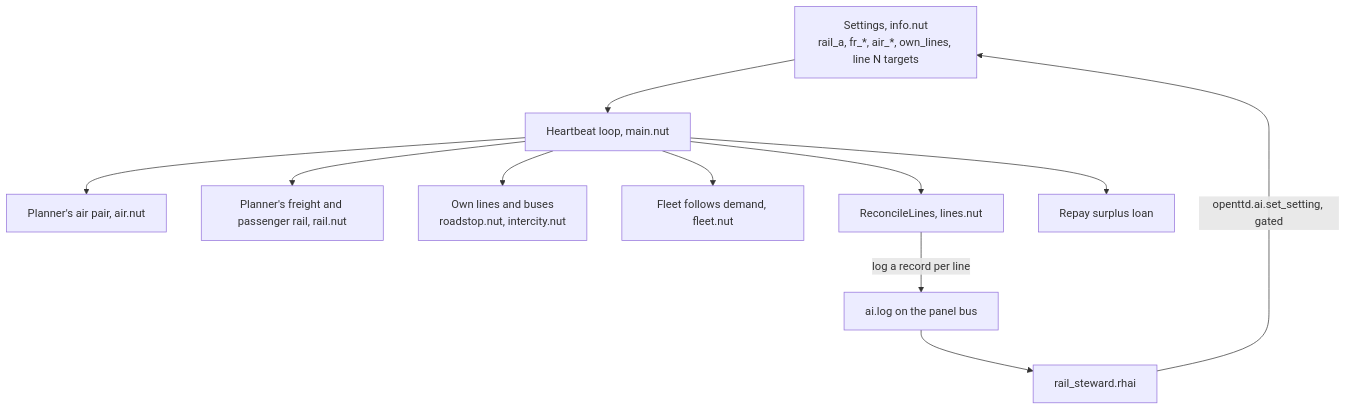
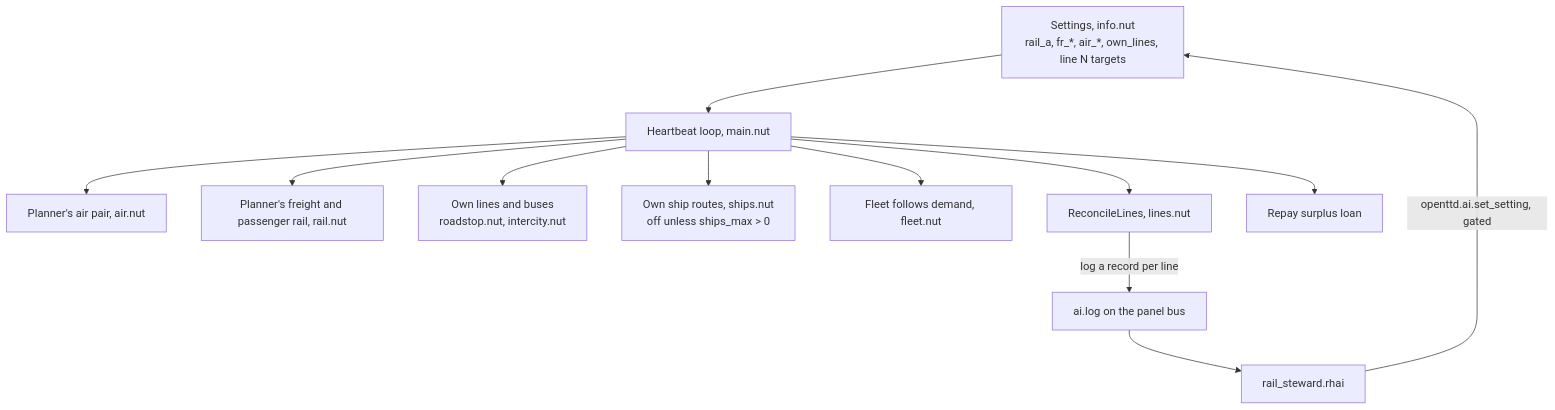
The diagram in research/mechanisms/prismatic-ai.md (korczis/OpenTTD), drawn with Mermaid before and after one commit. The commit also changed other lines of this file and 5 other files, not shown here.

First line of the commit message:
Add: [PrismaticAI] Ship routes from oil rigs, coastal industries and towns, off by default

````diff
--- a/research/mechanisms/prismatic-ai.md
+++ b/research/mechanisms/prismatic-ai.md
@@ -22,13 +22,14 @@
 ```mermaid
 flowchart TB
   SET["Settings, info.nut<br/>rail_a, fr_*, air_*, own_lines, line N targets"] --> HB["Heartbeat loop, main.nut"]
   HB --> AIR["Planner's air pair, air.nut"]
   HB --> FR["Planner's freight and passenger rail, rail.nut"]
   HB --> OWN["Own lines and buses<br/>roadstop.nut, intercity.nut"]
+  HB --> SHIP["Own ship routes, ships.nut<br/>off unless ships_max > 0"]
   HB --> FL["Fleet follows demand, fleet.nut"]
   HB --> REC["ReconcileLines, lines.nut"]
   HB --> LOAN["Repay surplus loan"]
   REC -->|"log a record per line"| LOG["ai.log on the panel bus"]
   LOG --> ST["rail_steward.rhai"]
   ST -->|"openttd.ai.set_setting, gated"| SET
 ```
````
